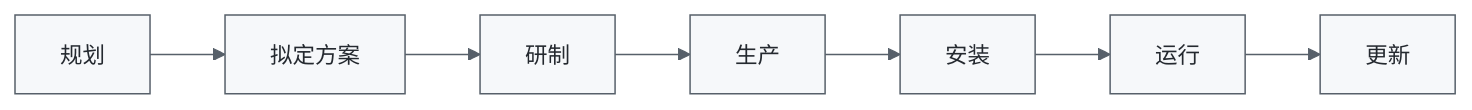
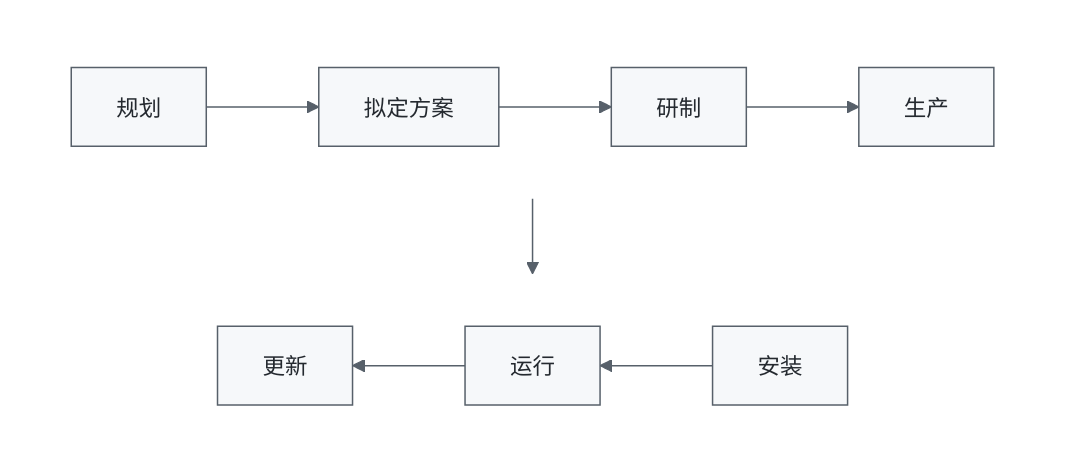
The third of 7 diagrams in 01_综合知识/02_系统工程与信息系统基础/02_系统工程方法/霍尔三维结构.md (74262195/system-architect-notes), drawn with Mermaid before and after one commit. The commit also changed other lines of this file and 1 other file, not shown here.

Commit message:
fix: 恢复六至八节点两行折返规则

````diff
--- a/01_综合知识/02_系统工程与信息系统基础/02_系统工程方法/霍尔三维结构.md
+++ b/01_综合知识/02_系统工程与信息系统基础/02_系统工程方法/霍尔三维结构.md
@@ -133,6 +133,16 @@
 ```mermaid
 %%{init: {"theme":"base","themeVariables":{"fontSize":"15px","primaryColor":"#f6f8fa","primaryTextColor":"#24292f","primaryBorderColor":"#57606a","lineColor":"#57606a","secondaryColor":"#ffffff","tertiaryColor":"#ffffff","edgeLabelBackground":"#ffffff"}}}%%
-flowchart LR
-    A["规划"] --> B["拟定方案"] --> C["研制"] --> D["生产"]
-    D --> E["安装"] --> F["运行"] --> G["更新"]
+flowchart TB
+    subgraph row1[" "]
+        direction LR
+        A["规划"] --> B["拟定方案"] --> C["研制"] --> D["生产"]
+    end
+    subgraph row2[" "]
+        direction RL
+        E["安装"] --> F["运行"] --> G["更新"]
+    end
+    row1 --> row2
+
+    style row1 fill:transparent,stroke:transparent
+    style row2 fill:transparent,stroke:transparent
 ```
````
